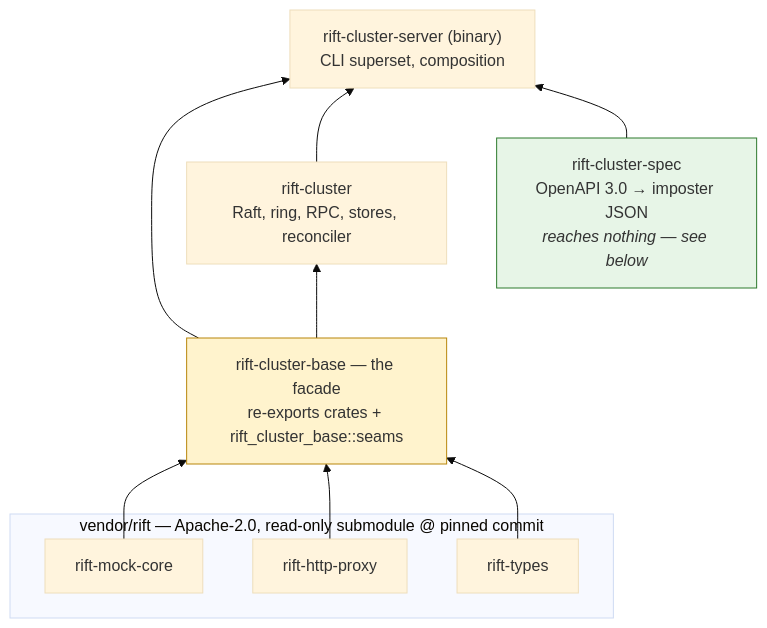
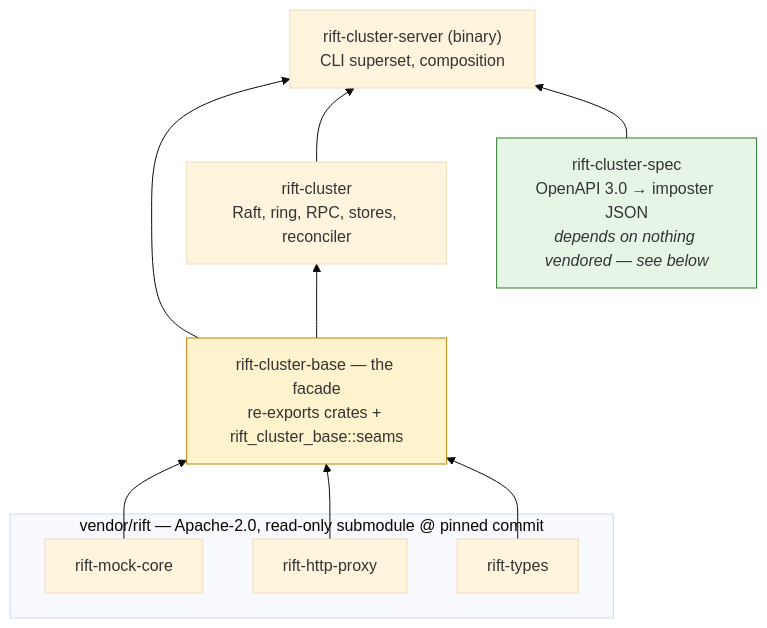
One commit to achird-labs/rift-cluster changed the diagram in docs/architecture/11-upstream-boundary.md. Above: the diagram before and after it, drawn with Mermaid (base theme). The commit also changed other lines of this file and 14 other files, not shown here.

````diff
--- a/docs/architecture/11-upstream-boundary.md
+++ b/docs/architecture/11-upstream-boundary.md
@@ -46,23 +46,23 @@
 ```mermaid
 flowchart BT
     subgraph vendored["vendor/rift — Apache-2.0, read-only submodule @ pinned commit"]
         MC[rift-mock-core]
         HP[rift-http-proxy]
         TY[rift-types]
     end
     EE["rift-cluster-base — the facade<br/>re-exports crates + rift_cluster_base::seams"]
     CL["rift-cluster<br/>Raft, ring, RPC, stores, reconciler"]
     SV["rift-cluster-server (binary)<br/>CLI superset, composition"]
-    SP["rift-cluster-spec<br/>OpenAPI 3.0 → imposter JSON<br/><i>reaches nothing — see below</i>"]
+    SP["rift-cluster-spec<br/>OpenAPI 3.0 → imposter JSON<br/><i>depends on nothing vendored — see below</i>"]
 
     MC --> EE
     HP --> EE
     TY --> EE
     EE --> CL
     EE --> SV
     CL --> SV
     SP --> SV
 
     style EE fill:#fff3cd,stroke:#b8860b
     style SP fill:#e7f5e7,stroke:#2d7a2d
 ```
````
